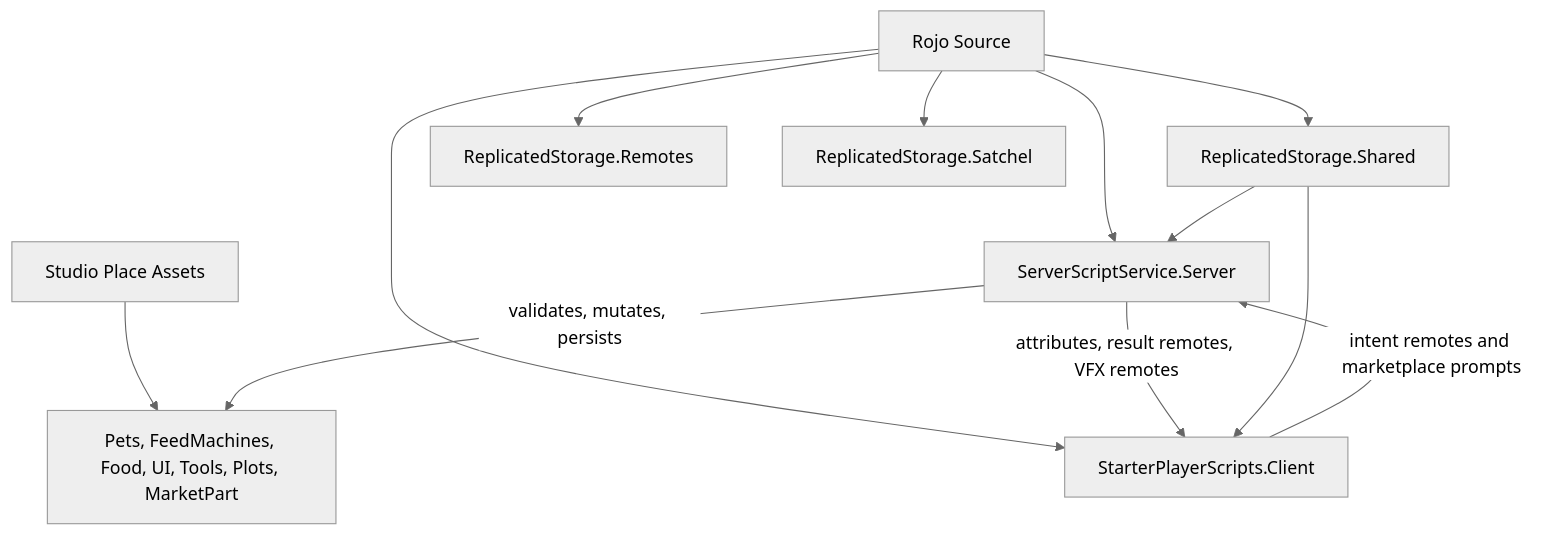
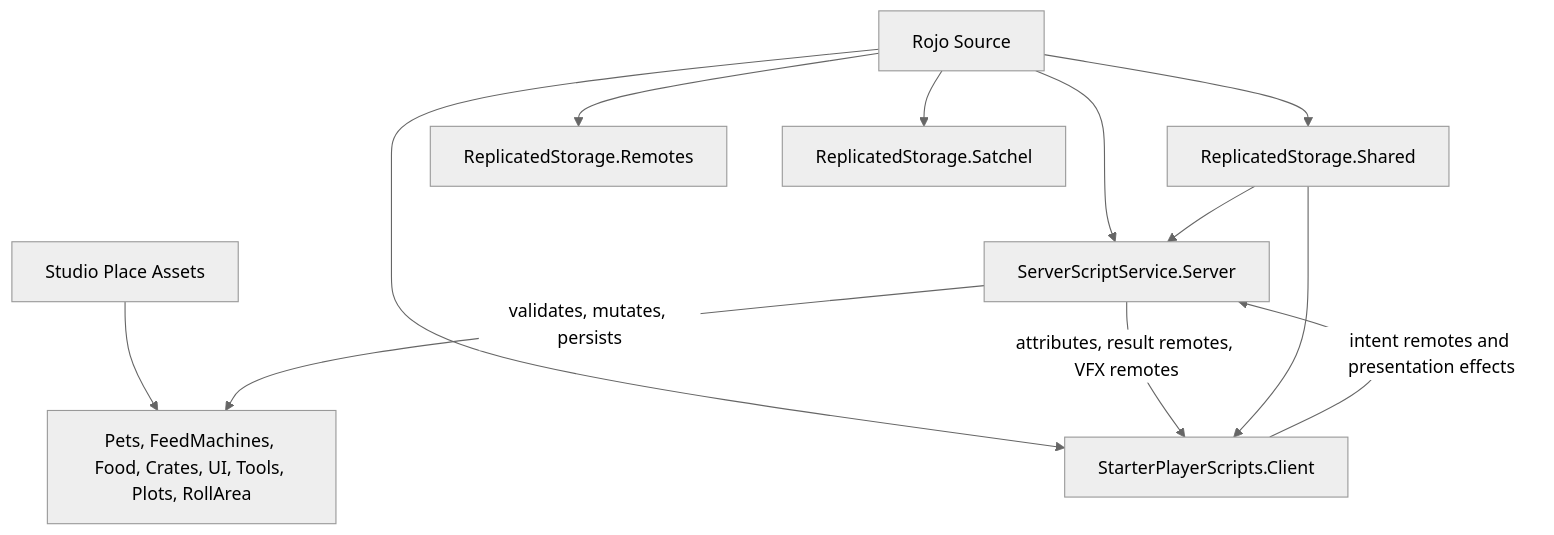
One commit to yacti/my-game changed the diagram in AGENTS.md. Above: the diagram before and after it, drawn with Mermaid (neutral theme). The commit also changed other lines of this file and 27 other files, not shown here.

````diff
--- a/AGENTS.md
+++ b/AGENTS.md
@@ -34,14 +35,14 @@
 ```mermaid
 flowchart TD
   RojoSource["Rojo Source"] --> SharedCode["ReplicatedStorage.Shared"]
   RojoSource --> ServerCode["ServerScriptService.Server"]
   RojoSource --> ClientCode["StarterPlayerScripts.Client"]
   RojoSource --> RemoteFolder["ReplicatedStorage.Remotes"]
   RojoSource --> SatchelAsset["ReplicatedStorage.Satchel"]
-  StudioPlace["Studio Place Assets"] --> RuntimeTemplates["Pets, FeedMachines, Food, UI, Tools, Plots, MarketPart"]
-  ClientCode -->|"intent remotes and marketplace prompts"| ServerCode
+  StudioPlace["Studio Place Assets"] --> RuntimeTemplates["Pets, FeedMachines, Food, Crates, UI, Tools, Plots, RollArea"]
+  ClientCode -->|"intent remotes and presentation effects"| ServerCode
   ServerCode -->|"validates, mutates, persists"| RuntimeTemplates
   ServerCode -->|"attributes, result remotes, VFX remotes"| ClientCode
   SharedCode --> ServerCode
   SharedCode --> ClientCode
 ```
````
